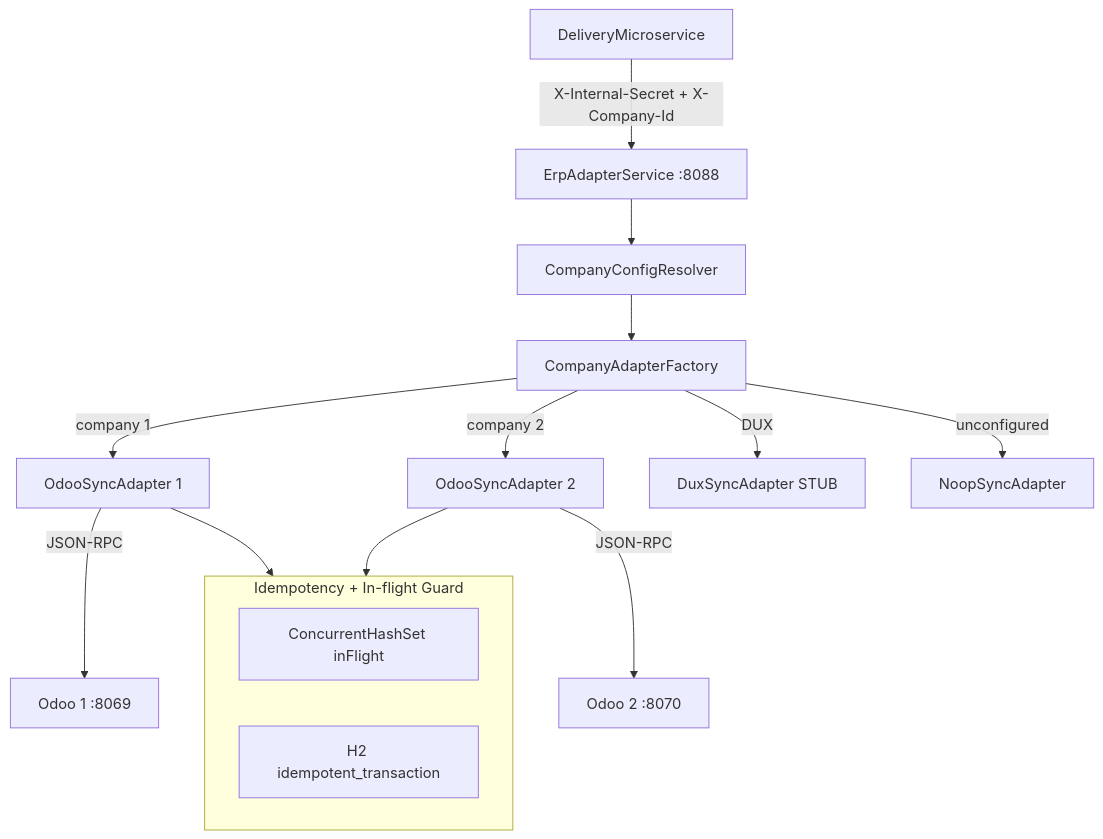
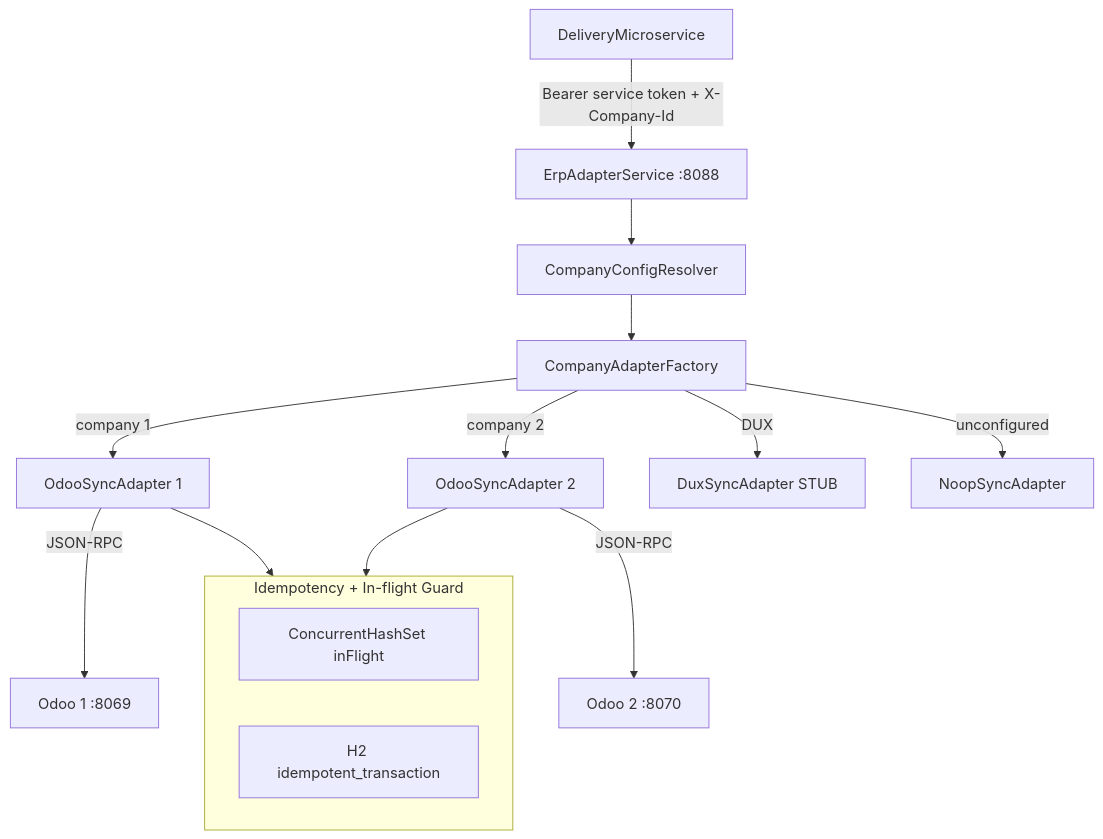
Before and after one commit to Moaziz667/asm-track: the seventh of 8 diagrams in docs/01-global-architecture.md, drawn with Mermaid. The commit also changed other lines of this file and 45 other files, not shown here.

````diff
--- a/docs/01-global-architecture.md
+++ b/docs/01-global-architecture.md
@@ -115,23 +121,23 @@
 ```mermaid
 flowchart TD
-    DL["DeliveryMicroservice"] -->|"X-Internal-Secret + X-Company-Id"| EA["ErpAdapterService :8088"]
+    DL["DeliveryMicroservice"] -->|"Bearer service token + X-Company-Id"| EA["ErpAdapterService :8088"]
 
     EA --> CR["CompanyConfigResolver"]
     CR --> CAF["CompanyAdapterFactory"]
 
     CAF -->|company 1| OA1["OdooSyncAdapter 1"]
     CAF -->|company 2| OA2["OdooSyncAdapter 2"]
     CAF -->|DUX| DUX["DuxSyncAdapter STUB"]
     CAF -->|unconfigured| NOOP["NoopSyncAdapter"]
 
     OA1 -->|JSON-RPC| OD1["Odoo 1 :8069"]
     OA2 -->|JSON-RPC| OD2["Odoo 2 :8070"]
 
     subgraph Guard["Idempotency + In-flight Guard"]
         IFG["ConcurrentHashSet inFlight"]
         IDM["H2 idempotent_transaction"]
     end
 
     OA1 --> Guard
     OA2 --> Guard
 ```
````
